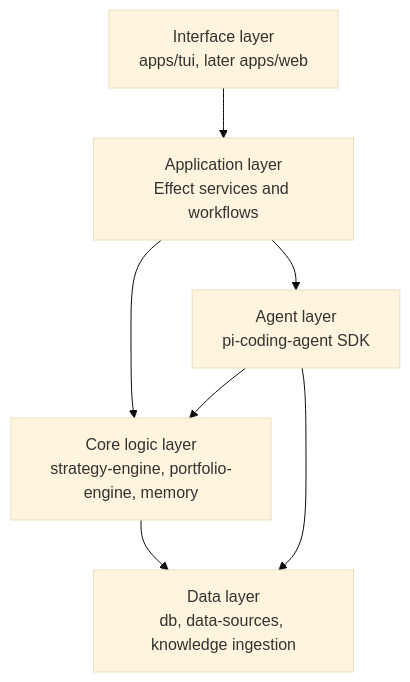
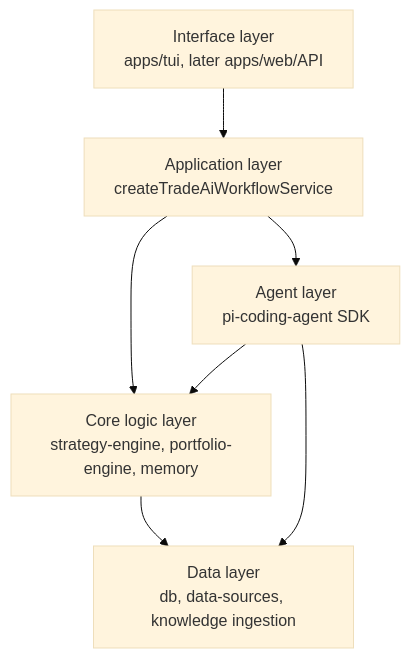
The second of 5 diagrams in docs/architecture.md (decocereus/tradeai), drawn with Mermaid (base theme) before and after one commit. The commit also changed other lines of this file and 43 other files, not shown here.

Commit message:
feat: decouple workflows from tui

````diff
--- a/docs/architecture.md
+++ b/docs/architecture.md
@@ -33,15 +33,15 @@
 ```mermaid
 flowchart TB
-    UI["Interface layer<br/>apps/tui, later apps/web"]
-    APP["Application layer<br/>Effect services and workflows"]
+    UI["Interface layer<br/>apps/tui, later apps/web/API"]
+    APP["Application layer<br/>createTradeAiWorkflowService"]
     AGENT["Agent layer<br/>pi-coding-agent SDK"]
     CORE["Core logic layer<br/>strategy-engine, portfolio-engine, memory"]
     DATA["Data layer<br/>db, data-sources, knowledge ingestion"]
 
     UI --> APP
     APP --> AGENT
     APP --> CORE
     CORE --> DATA
     AGENT --> CORE
     AGENT --> DATA
 ```
````
